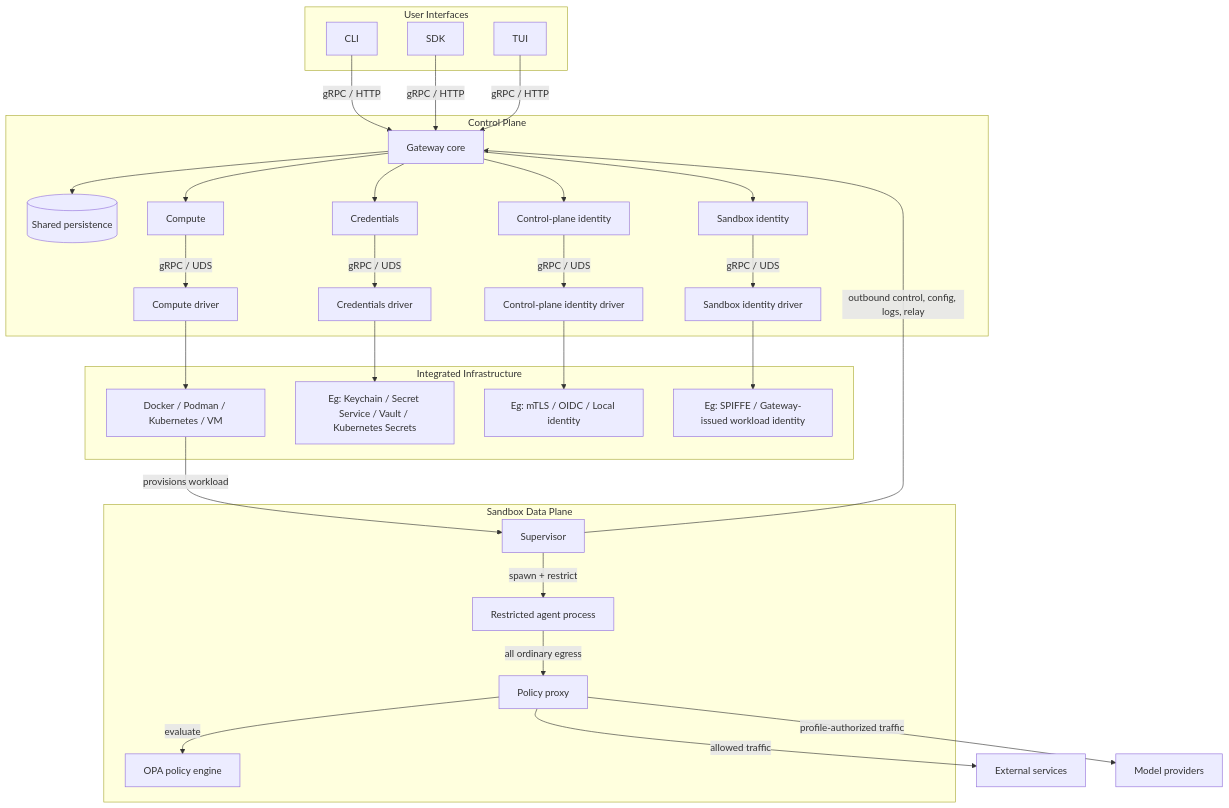
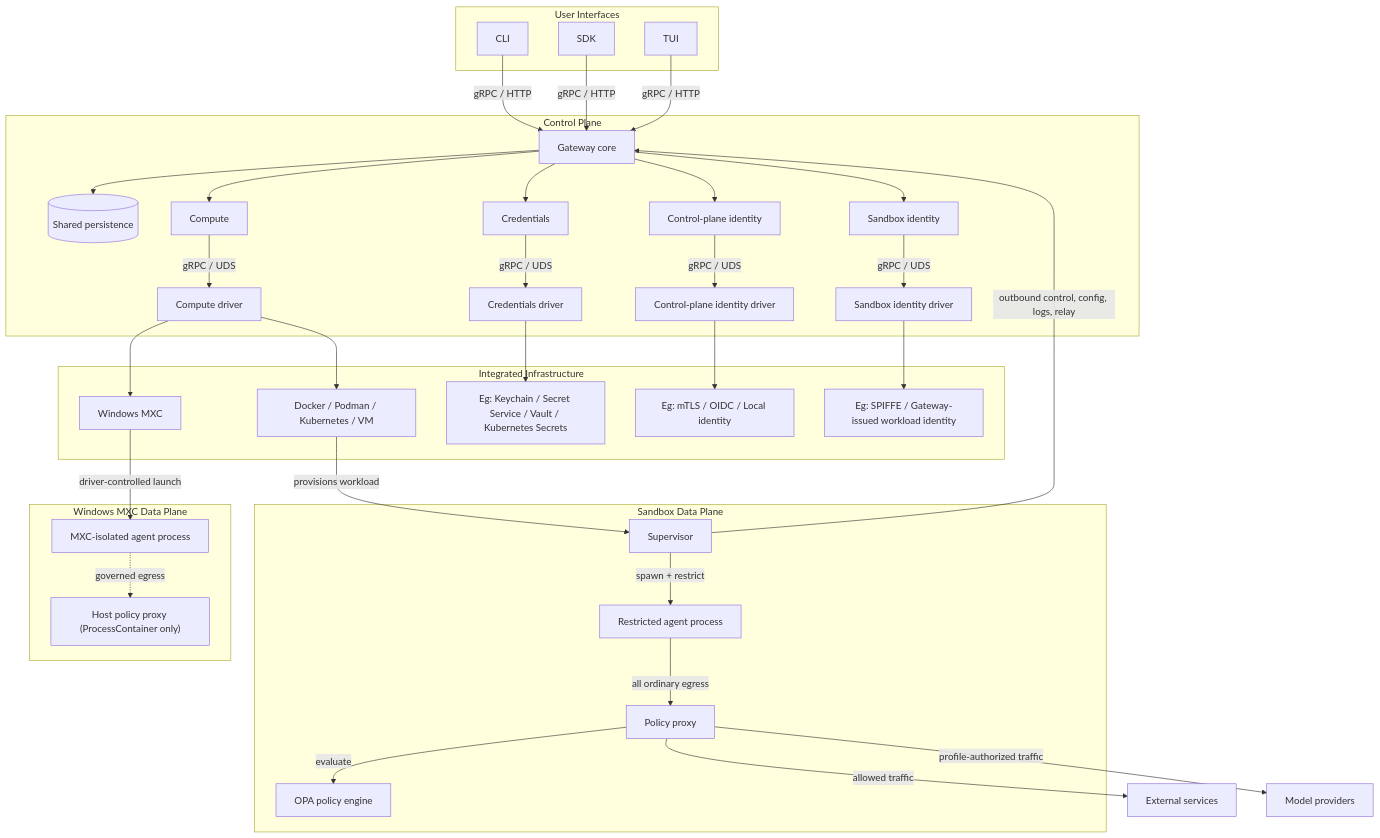
One commit to NVIDIA/OpenShell changed the diagram in architecture/README.md. Above: the diagram before and after it, drawn with Mermaid. The commit also changed other lines of this file and 2 other files, not shown here.

Commit message:
docs(windows): add runtime architecture overview

````diff
--- a/architecture/README.md
+++ b/architecture/README.md
@@ -22,63 +23,72 @@
 ```mermaid
 flowchart TB
     subgraph USER["User Interfaces"]
         CLI["CLI"]
         SDK["SDK"]
         TUI["TUI"]
     end
 
     subgraph CP["Control Plane"]
         GW["Gateway core"]
         DB[("Shared persistence")]
         COMPUTE["Compute"]
         CREDS["Credentials"]
         CPIDENT["Control-plane identity"]
         SIDENT["Sandbox identity"]
         CDRV["Compute driver"]
         CRDRV["Credentials driver"]
         CPIDRV["Control-plane identity driver"]
         SIDRV["Sandbox identity driver"]
     end
 
     subgraph INFRA["Integrated Infrastructure"]
         RUNTIME["Docker / Podman / Kubernetes / VM"]
+        MXC["Windows MXC"]
         SECRETSTORE["Eg: Keychain / Secret Service / Vault / Kubernetes Secrets"]
         IDP["Eg: mTLS / OIDC / Local identity"]
         WORKLOADID["Eg: SPIFFE / Gateway-issued workload identity"]
     end
 
     subgraph DP["Sandbox Data Plane"]
         SUP["Supervisor"]
         PROXY["Policy proxy"]
         POLICY["OPA policy engine"]
         AGENT["Restricted agent process"]
+    end
+
+    subgraph WINDP["Windows MXC Data Plane"]
+        MXCAGENT["MXC-isolated agent process"]
+        MXCPROXY["Host policy proxy (ProcessContainer only)"]
     end
 
     CLI -->|"gRPC / HTTP"| GW
     SDK -->|"gRPC / HTTP"| GW
     TUI -->|"gRPC / HTTP"| GW
 
     GW --> DB
     GW --> COMPUTE
     GW --> CREDS
     GW --> CPIDENT
     GW --> SIDENT
 
     COMPUTE -->|"gRPC / UDS"| CDRV
     CREDS -->|"gRPC / UDS"| CRDRV
     CPIDENT -->|"gRPC / UDS"| CPIDRV
     SIDENT -->|"gRPC / UDS"| SIDRV
 
     CDRV --> RUNTIME
+    CDRV --> MXC
     CRDRV --> SECRETSTORE
     CPIDRV --> IDP
     SIDRV --> WORKLOADID
     RUNTIME -->|"provisions workload"| SUP
+    MXC -->|"driver-controlled launch"| MXCAGENT
+    MXCAGENT -. "governed egress" .-> MXCPROXY
 
     SUP -->|"outbound control, config, logs, relay"| GW
     SUP -->|"spawn + restrict"| AGENT
     AGENT -->|"all ordinary egress"| PROXY
     PROXY -->|"evaluate"| POLICY
     PROXY -->|"allowed traffic"| EXT["External services"]
     PROXY -->|"profile-authorized traffic"| MODEL["Model providers"]
 ```
````
